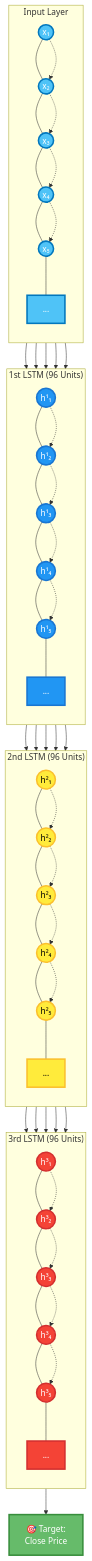
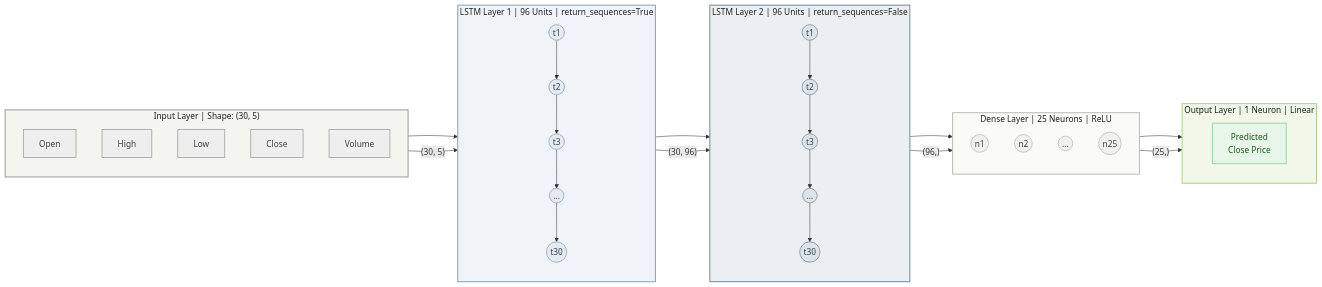
Before and after one commit to Seventie/New-York-Stock-Prediction---LSTM-: the second of 2 diagrams in README.md, drawn with Mermaid.

````diff
--- a/README.md
+++ b/README.md
@@ -59,63 +59,76 @@
 ```mermaid
-graph TD
-    subgraph Input ["Input Layer"]
+graph LR
+    subgraph Input ["Input Layer  |  Shape: (30, 5)"]
         direction TB
-        X1((x₁)) --- X2((x₂)) --- X3((x₃)) --- X4((x₄)) --- X5((x₅)) --- Xdots[...]
+        I1[Open]
+        I2[High]
+        I3[Low]
+        I4[Close]
+        I5[Volume]
     end
 
-    subgraph LSTM1 ["1st LSTM (96 Units)"]
+    subgraph LSTM1 ["LSTM Layer 1  |  96 Units  |  return_sequences=True"]
         direction TB
-        H11((h¹₁)) --- H12((h¹₂)) --- H13((h¹₃)) --- H14((h¹₄)) --- H15((h¹₅)) --- H1dots[...]
+        L1_t1(( t1 ))
+        L1_t2(( t2 ))
+        L1_t3(( t3 ))
+        L1_td(( ... ))
+        L1_tN(( t30 ))
+        L1_t1 --> L1_t2 --> L1_t3 --> L1_td --> L1_tN
     end
 
-    subgraph LSTM2 ["2nd LSTM (96 Units)"]
+    subgraph LSTM2 ["LSTM Layer 2  |  96 Units  |  return_sequences=False"]
         direction TB
-        H21((h²₁)) --- H22((h²₂)) --- H23((h²₃)) --- H24((h²₄)) --- H25((h²₅)) --- H2dots[...]
+        L2_t1(( t1 ))
+        L2_t2(( t2 ))
+        L2_t3(( t3 ))
+        L2_td(( ... ))
+        L2_tN(( t30 ))
+        L2_t1 --> L2_t2 --> L2_t3 --> L2_td --> L2_tN
     end
 
-    subgraph LSTM3 ["3rd LSTM (96 Units)"]
+    subgraph Dense1 ["Dense Layer  |  25 Neurons  |  ReLU"]
         direction TB
-        H31((h³₁)) --- H32((h³₂)) --- H33((h³₃)) --- H34((h³₄)) --- H35((h³₅)) --- H3dots[...]
+        D1_1(( n1 ))
+        D1_2(( n2 ))
+        D1_3(( ... ))
+        D1_N(( n25 ))
     end
 
-    Target["🎯 Target:<br/>Close Price"]
+    subgraph Output ["Output Layer  |  1 Neuron  |  Linear"]
+        direction TB
+        OUT[Predicted\nClose Price]
+    end
 
-    %% Recurrent connections (horizontal arrows within each layer)
-    X1 -.-> X2 -.-> X3 -.-> X4 -.-> X5
-    H11 -.-> H12 -.-> H13 -.-> H14 -.-> H15
-    H21 -.-> H22 -.-> H23 -.-> H24 -.-> H25
-    H31 -.-> H32 -.-> H33 -.-> H34 -.-> H35
+    %% Main left-to-right flow
+    Input   --> LSTM1
+    LSTM1   --> LSTM2
+    L2_tN   --> Dense1
+    Dense1  --> Output
 
-    %% Vertical feedforward between layers (same timestep)
-    X1 --> H11
-    X2 --> H12
-    X3 --> H13
-    X4 --> H14
-    X5 --> H15
-    H11 --> H21
-    H12 --> H22
-    H13 --> H23
-    H14 --> H24
-    H15 --> H25
-    H21 --> H31
-    H22 --> H32
-    H23 --> H33
-    H24 --> H34
-    H25 --> H35
+    %% Annotations on arrows
+    Input   -->|"(30, 5)"| LSTM1
+    LSTM1   -->|"(30, 96)"| LSTM2
+    L2_tN   -->|"(96,)"| Dense1
+    Dense1  -->|"(25,)"| Output
 
-    %% Final output connection
-    H35 --> Target
+    %% Professional muted styling
+    style Input  fill:#f5f5f0,stroke:#9e9e9e,stroke-width:2px,color:#212121
+    style LSTM1  fill:#f0f4f8,stroke:#90a4ae,stroke-width:2px,color:#212121
+    style LSTM2  fill:#eceff1,stroke:#78909c,stroke-width:2px,color:#212121
+    style Dense1 fill:#fafaf7,stroke:#bdbdbd,stroke-width:2px,color:#212121
+    style Output fill:#f1f8e9,stroke:#aed581,stroke-width:2px,color:#212121
 
-    %% Exact color matching from your reference + white BG
-    classDef inputStyle fill:#4fc3f7,stroke:#0277bd,stroke-width:3px,color:#fff
-    classDef lstm1Style fill:#2196f3,stroke:#1976d2,stroke-width:3px,color:#fff
-    classDef lstm2Style fill:#ffeb3b,stroke:#fbc02d,stroke-width:3px,color:#000
-    classDef lstm3Style fill:#f44336,stroke:#d32f2f,stroke-width:3px,color:#fff
-    classDef targetStyle fill:#66bb6a,stroke:#388e3c,stroke-width:3px,color:#fff
+    classDef inputNode  fill:#eeeeee,stroke:#9e9e9e,stroke-width:1.5px,color:#424242
+    classDef lstm1Node  fill:#e3eaf2,stroke:#90a4ae,stroke-width:1.5px,color:#37474f
+    classDef lstm2Node  fill:#dce4ea,stroke:#78909c,stroke-width:1.5px,color:#37474f
+    classDef denseNode  fill:#f0f0ec,stroke:#bdbdbd,stroke-width:1.5px,color:#424242
+    classDef outNode    fill:#e8f5e9,stroke:#a5d6a7,stroke-width:2px,color:#1b5e20
 
-    class X1,X2,X3,X4,X5,Xdots inputStyle
-    class H11,H12,H13,H14,H15,H1dots lstm1Style
-    class H21,H22,H23,H24,H25,H2dots lstm2Style
-    class H31,H32,H33,H34,H35,H3dots lstm3Style
-    class Target targetStyle
+    class I1,I2,I3,I4,I5 inputNode
+    class L1_t1,L1_t2,L1_t3,L1_td,L1_tN lstm1Node
+    class L2_t1,L2_t2,L2_t3,L2_td,L2_tN lstm2Node
+    class D1_1,D1_2,D1_3,D1_N denseNode
+    class OUT outNode
+
 ```
````
